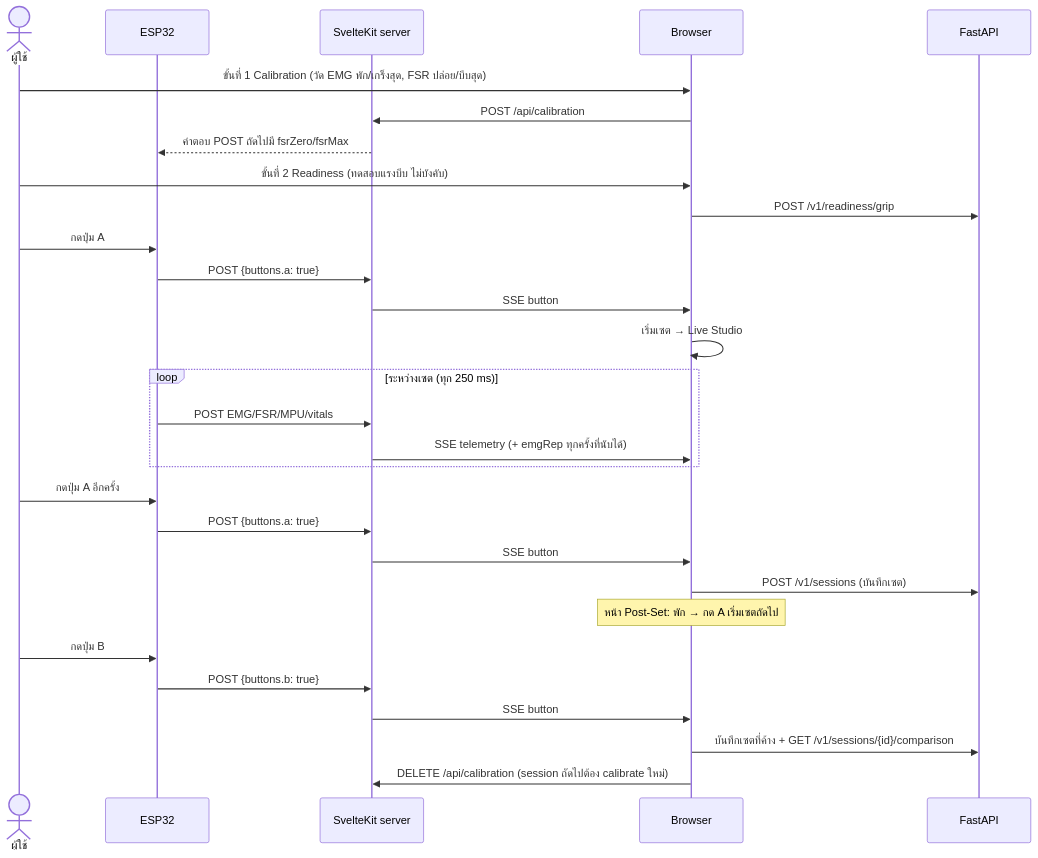
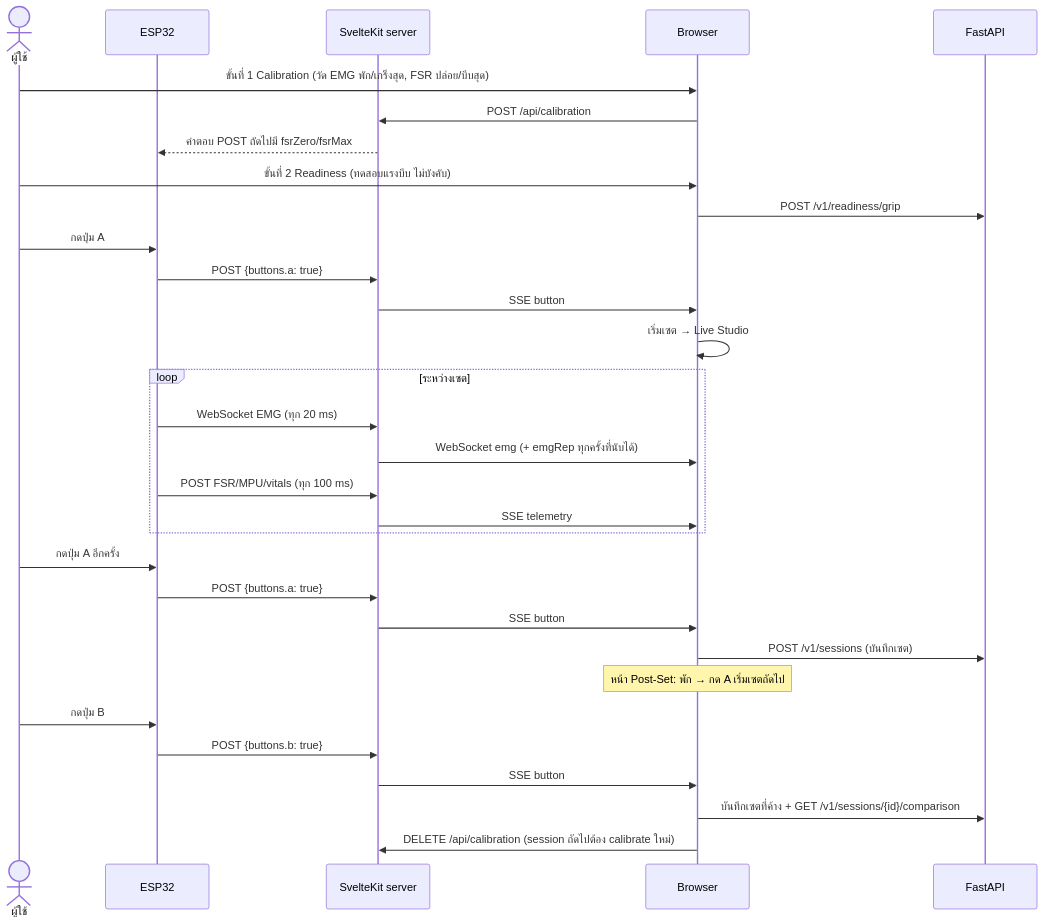
One commit to Fishcanwalk/muscle-activity-analyzer changed the second of 4 diagrams in docs/system_overview.md. Above: the diagram before and after it, drawn with Mermaid. The commit also changed other lines of this file and 13 other files, not shown here.

````diff
--- a/docs/system_overview.md
+++ b/docs/system_overview.md
@@ -114,32 +127,34 @@
 ```mermaid
 sequenceDiagram
     actor U as ผู้ใช้
     participant E as ESP32
     participant S as SvelteKit server
     participant B as Browser
     participant A as FastAPI
 
     U->>B: ขั้นที่ 1 Calibration (วัด EMG พัก/เกร็งสุด, FSR ปล่อย/บีบสุด)
     B->>S: POST /api/calibration
     S-->>E: คำตอบ POST ถัดไปมี fsrZero/fsrMax
     U->>B: ขั้นที่ 2 Readiness (ทดสอบแรงบีบ ไม่บังคับ)
     B->>A: POST /v1/readiness/grip
     U->>E: กดปุ่ม A
     E->>S: POST {buttons.a: true}
     S->>B: SSE button
     B->>B: เริ่มเซต → Live Studio
-    loop ระหว่างเซต (ทุก 250 ms)
-        E->>S: POST EMG/FSR/MPU/vitals
-        S->>B: SSE telemetry (+ emgRep ทุกครั้งที่นับได้)
+    loop ระหว่างเซต
+        E->>S: WebSocket EMG (ทุก 20 ms)
+        S->>B: WebSocket emg (+ emgRep ทุกครั้งที่นับได้)
+        E->>S: POST FSR/MPU/vitals (ทุก 100 ms)
+        S->>B: SSE telemetry
     end
     U->>E: กดปุ่ม A อีกครั้ง
     E->>S: POST {buttons.a: true}
     S->>B: SSE button
     B->>A: POST /v1/sessions (บันทึกเซต)
     Note over B: หน้า Post-Set: พัก → กด A เริ่มเซตถัดไป
     U->>E: กดปุ่ม B
     E->>S: POST {buttons.b: true}
     S->>B: SSE button
     B->>A: บันทึกเซตที่ค้าง + GET /v1/sessions/{id}/comparison
     B->>S: DELETE /api/calibration (session ถัดไปต้อง calibrate ใหม่)
 ```
````
